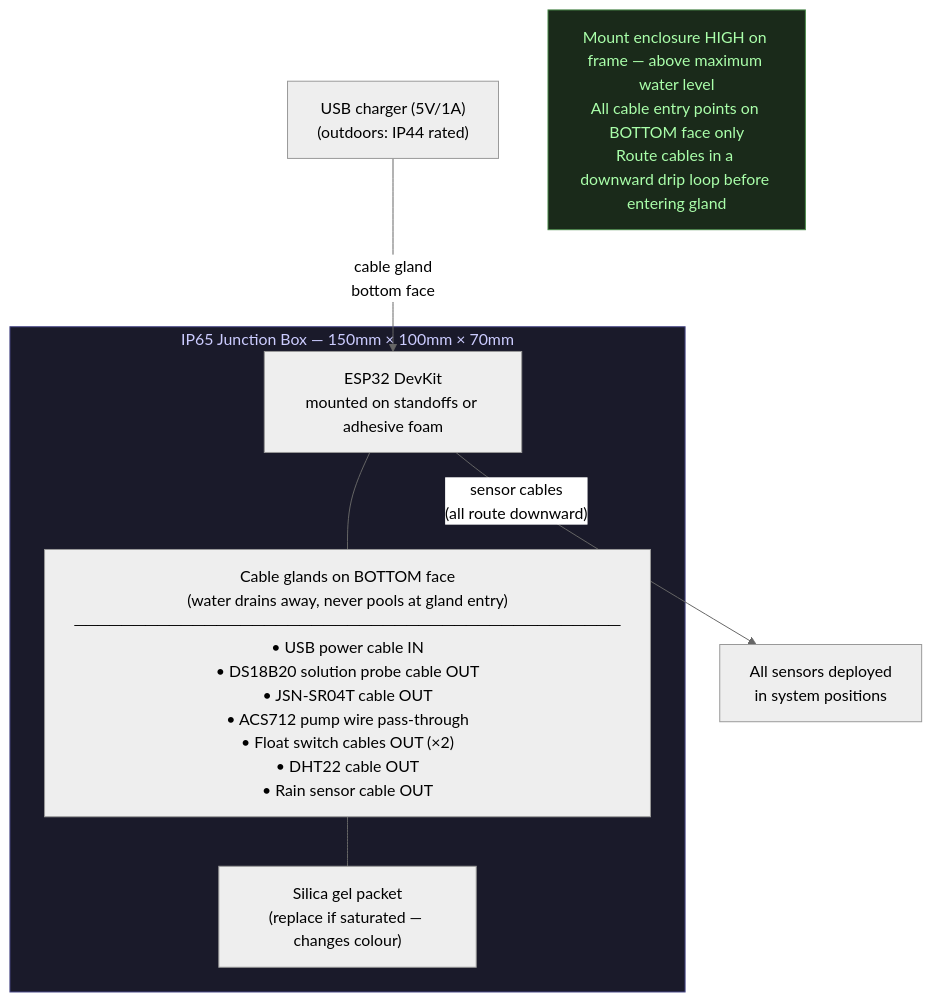
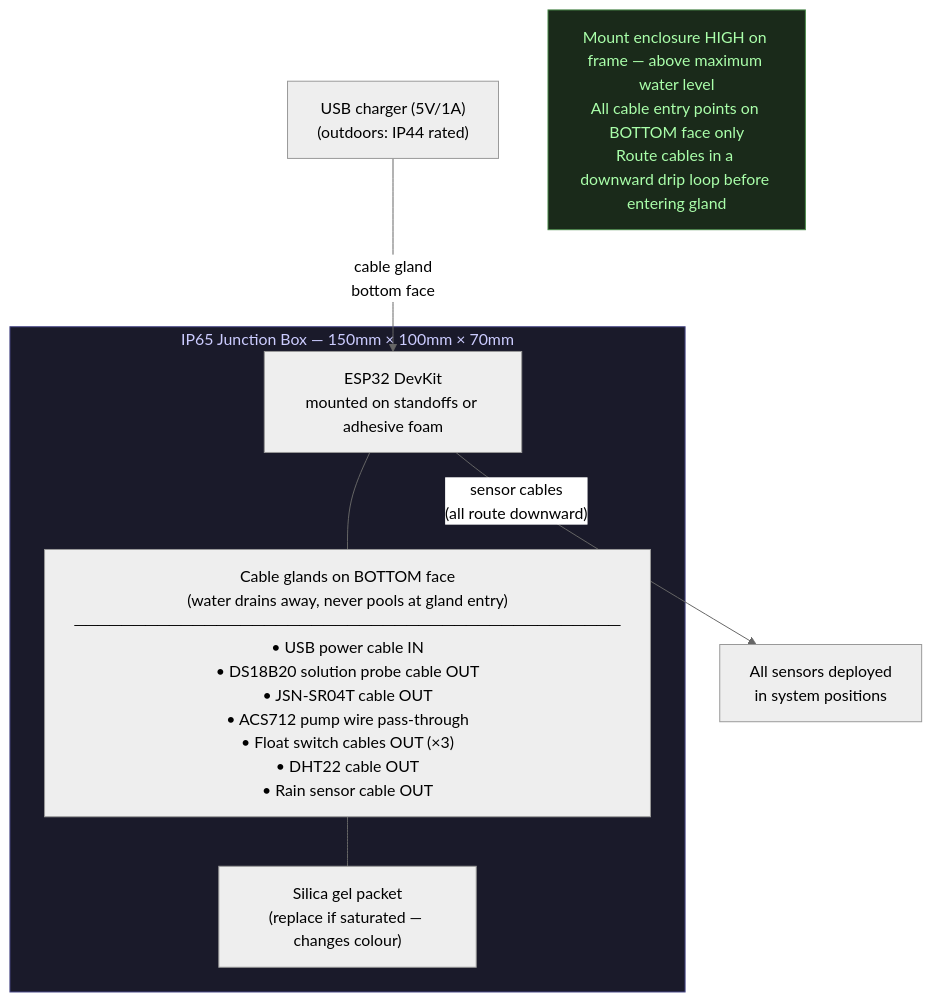
One commit to UncleJS/guide_hydroponics changed diagram 12 of 13 in guide/ebb-and-flow/13-automation.md. Above: the diagram before and after it, drawn with Mermaid (neutral theme). The commit also changed other lines of this file and 22 other files, not shown here.

````diff
--- a/guide/ebb-and-flow/13-automation.md
+++ b/guide/ebb-and-flow/13-automation.md
@@ -1805,17 +1841,17 @@
 ```mermaid
 flowchart TD
     subgraph box["IP65 Junction Box — 150mm × 100mm × 70mm"]
         ESP["ESP32 DevKit<br/>mounted on standoffs or adhesive foam"]
-        CG["Cable glands on BOTTOM face<br/>(water drains away, never pools at gland entry)<br/>──────────────────────────────────────────────<br/>• USB power cable IN<br/>• DS18B20 solution probe cable OUT<br/>• JSN-SR04T cable OUT<br/>• ACS712 pump wire pass-through<br/>• Float switch cables OUT (×2)<br/>• DHT22 cable OUT<br/>• Rain sensor cable OUT"]
+        CG["Cable glands on BOTTOM face<br/>(water drains away, never pools at gland entry)<br/>──────────────────────────────────────────────<br/>• USB power cable IN<br/>• DS18B20 solution probe cable OUT<br/>• JSN-SR04T cable OUT<br/>• ACS712 pump wire pass-through<br/>• Float switch cables OUT (×3)<br/>• DHT22 cable OUT<br/>• Rain sensor cable OUT"]
         SG["Silica gel packet<br/>(replace if saturated — changes colour)"]
         ESP --- CG
         CG --- SG
     end
 
     USB["USB charger (5V/1A)<br/>(outdoors: IP44 rated)"] -->|"cable gland<br/>bottom face"| ESP
     ESP -->|"sensor cables<br/>(all route downward)"| SENSORS["All sensors deployed<br/>in system positions"]
 
     note1["Mount enclosure HIGH on frame — above maximum water level<br/>All cable entry points on BOTTOM face only<br/>Route cables in a downward drip loop before entering gland"]
     style note1 fill:#1a2a1a,stroke:#4a8a4a,color:#aaffaa
     style box fill:#1a1a2a,stroke:#4a4a8a,color:#ccccff
 ```
````
